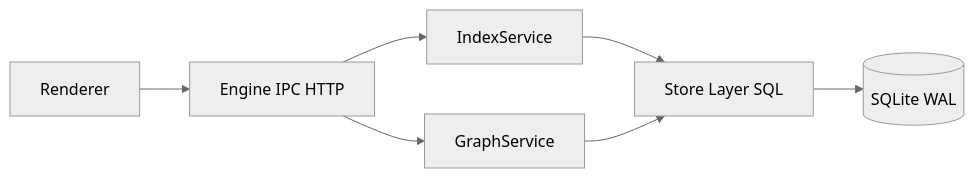
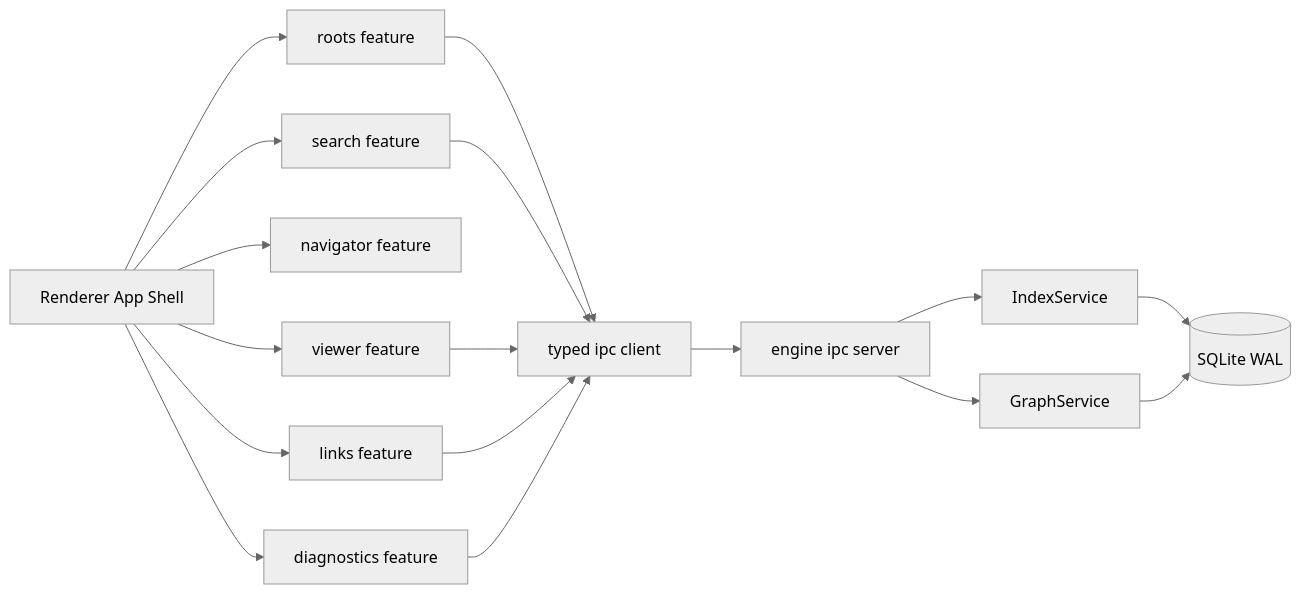
Before and after one commit to AutoCookies/nodeveil: the diagram in docs/ARCHITECTURE.md, drawn with Mermaid (neutral theme). The commit also changed other lines of this file and 30 other files, not shown here.

````diff
--- a/docs/ARCHITECTURE.md
+++ b/docs/ARCHITECTURE.md
@@ -3,9 +3,20 @@
 ```mermaid
 flowchart LR
-  UI[Renderer] --> IPC[Engine IPC HTTP]
-  IPC --> INDEX[IndexService]
-  IPC --> GRAPH[GraphService]
-  INDEX --> STORE[Store Layer SQL]
+  APP[Renderer App Shell] --> ROOTS[roots feature]
+  APP --> SEARCH[search feature]
+  APP --> NAV[navigator feature]
+  APP --> VIEWER[viewer feature]
+  APP --> LINKS[links feature]
+  APP --> DIAG[diagnostics feature]
+  ROOTS --> IPC[typed ipc client]
+  SEARCH --> IPC
+  VIEWER --> IPC
+  LINKS --> IPC
+  DIAG --> IPC
+  IPC --> ENGINE[engine ipc server]
+  ENGINE --> INDEX[IndexService]
+  ENGINE --> GRAPH[GraphService]
+  INDEX --> STORE
   GRAPH --> STORE
-  STORE --> DB[(SQLite WAL)]
+  STORE[(SQLite WAL)]
 ```
````
